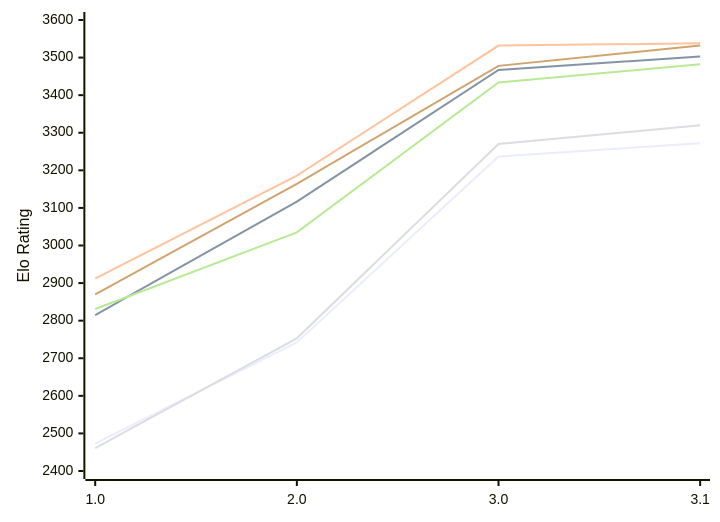
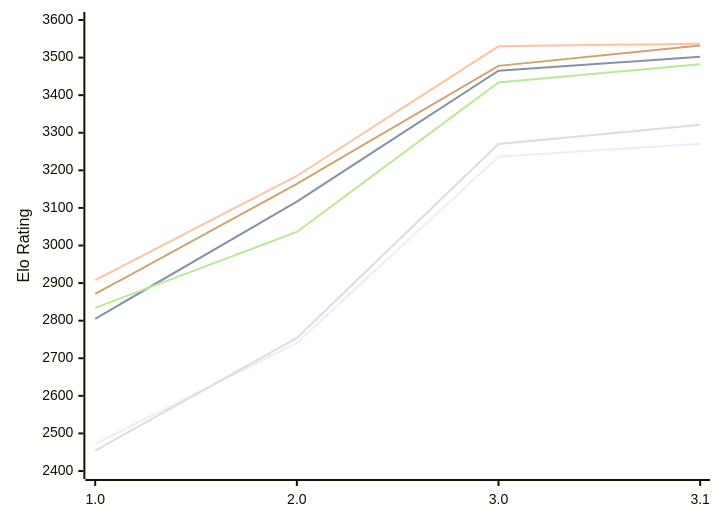
One commit to computer-chess-index/cci changed the diagram in engines/Funcomp.md. Above: the diagram before and after it, drawn with Mermaid. The commit also changed other lines of this file, not shown here.

Commit message:
Update CCI Ratings (ELO VLTC) - 2026-11-28

````diff
--- a/engines/Funcomp.md
+++ b/engines/Funcomp.md
@@ -53,12 +53,12 @@
 ```mermaid
 %%{init: {"theme":"base","themeVariables":{"seriesColors:['#a3a3a3','#222221','#faa371']}}}%%
 xychart-beta
   x-axis ["1.0", "2.0", "3.0", "3.1"]
   y-axis "Elo Rating" 2400 --> 3600
-  line "E1: STC (8.0+0.08s)" [2473, 2742, 3237, 3272]
-  line "E1: LTC (60.0+0.60s)" [2815, 3117, 3467, 3503]
-  line "E1: VLTC (2m24s+1.12s)" [2912, 3186, 3532, 3538]
-  line "P1: STC (8.0+0.08s)" [2461, 2753, 3270, 3320]
-  line "P1: LTC (60.0+0.60s)" [2831, 3035, 3434, 3482]
-  line "P1: VLTC (2m24s+1.12s)" [2870, 3164, 3478, 3532]
+  line "E1: STC (8.0+0.08s)" [2472, 2741, 3236, 3271]
+  line "E1: LTC (60.0+0.60s)" [2805, 3117, 3465, 3502]
+  line "E1: VLTC (2m24s+1.12s)" [2908, 3185, 3530, 3537]
+  line "P1: STC (8.0+0.08s)" [2454, 2754, 3270, 3321]
+  line "P1: LTC (60.0+0.60s)" [2834, 3036, 3434, 3482]
+  line "P1: VLTC (2m24s+1.12s)" [2871, 3164, 3478, 3532]
 ```
````
